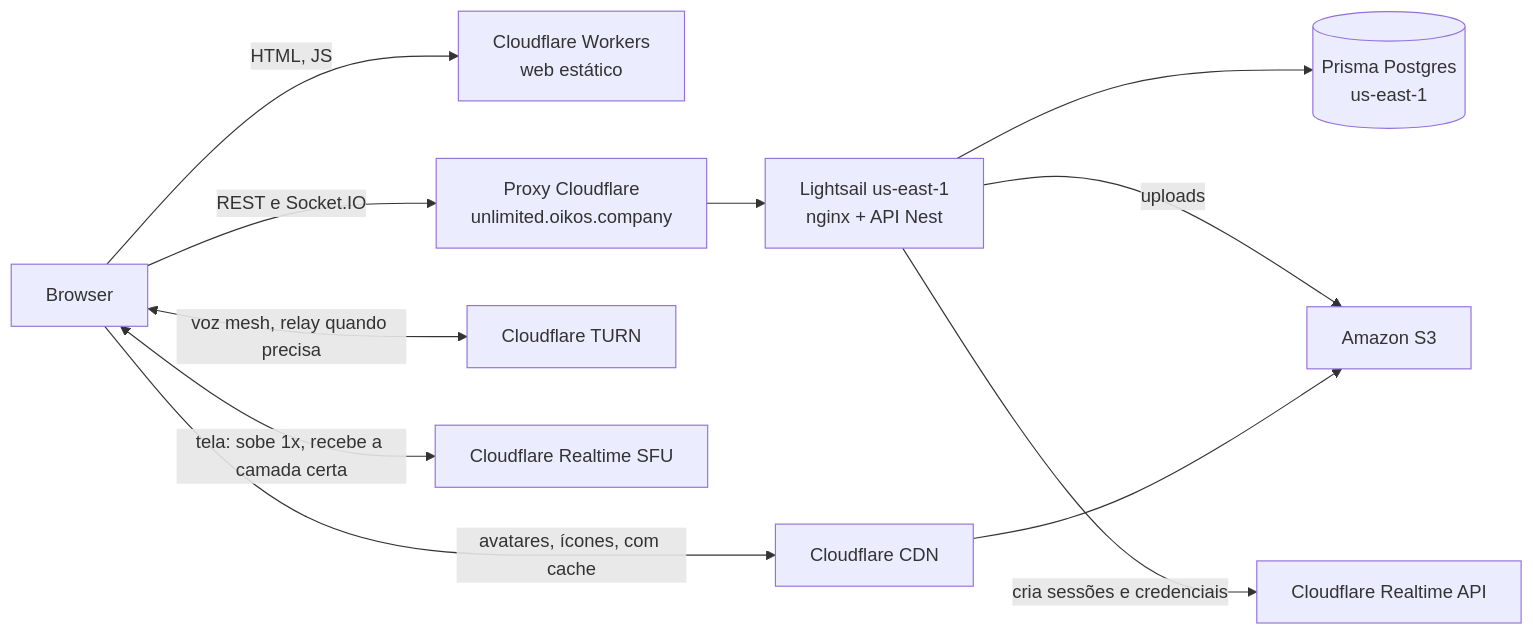
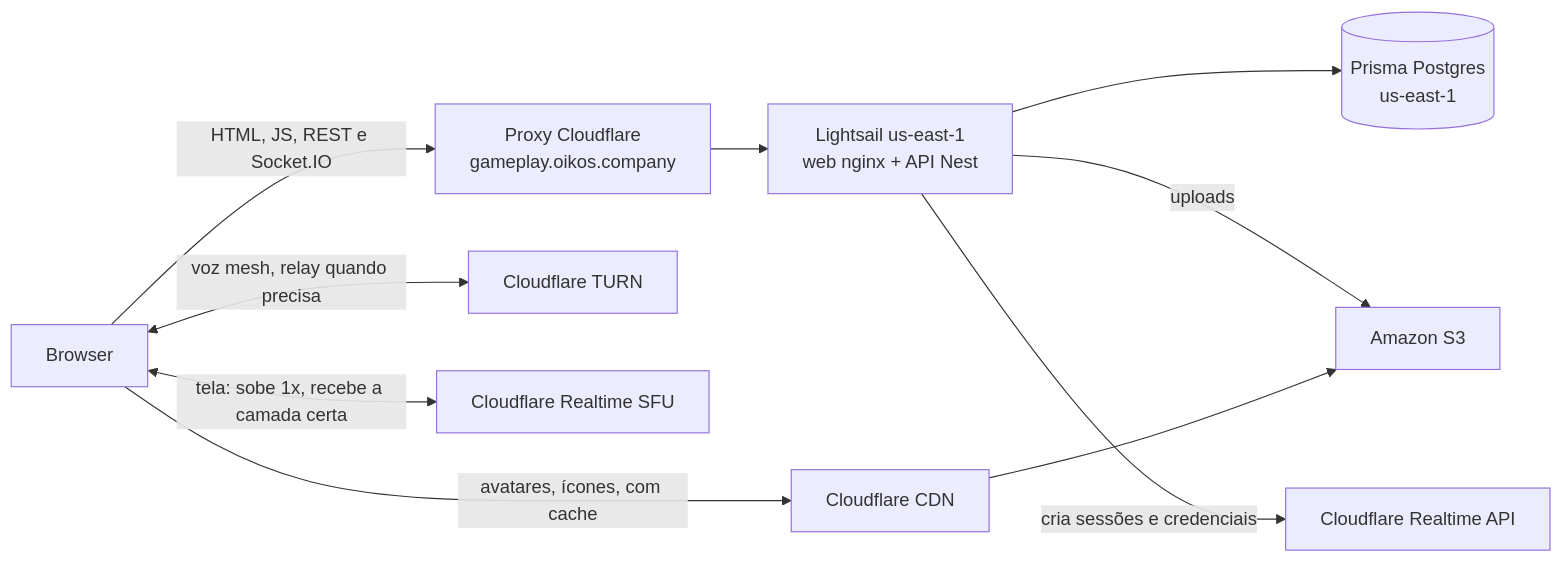
One commit to christiancesar/gameplay changed the diagram in plans/06-producao-aws.md. Above: the diagram before and after it, drawn with Mermaid. The commit also changed other lines of this file, not shown here.

Commit message:
docs(plans): web on Lightsail with the api, one origin

````diff
--- a/plans/06-producao-aws.md
+++ b/plans/06-producao-aws.md
@@ -33,12 +33,11 @@
 ```mermaid
 flowchart LR
-  B[Browser] -->|HTML, JS| W[Cloudflare Workers<br/>web estático]
-  B -->|REST e Socket.IO| P[Proxy Cloudflare<br/>unlimited.oikos.company]
-  P --> L[Lightsail us-east-1<br/>nginx + API Nest]
+  B[Browser] -->|HTML, JS, REST e Socket.IO| P[Proxy Cloudflare<br/>gameplay.oikos.company]
+  P --> L[Lightsail us-east-1<br/>web nginx + API Nest]
   L --> D[(Prisma Postgres<br/>us-east-1)]
   L -->|uploads| R[Amazon S3]
   B -->|avatares, ícones, com cache| CF[Cloudflare CDN] --> R
   L -->|cria sessões e credenciais| C[Cloudflare Realtime API]
   B <-->|voz mesh, relay quando precisa| T[Cloudflare TURN]
   B <-->|tela: sobe 1x, recebe a camada certa| S[Cloudflare Realtime SFU]
 ```
````
